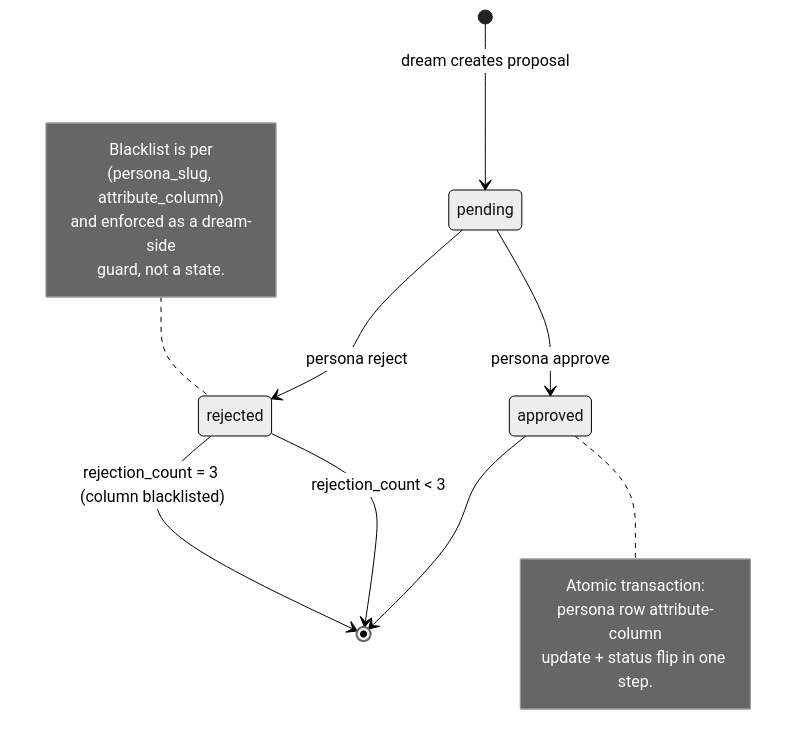
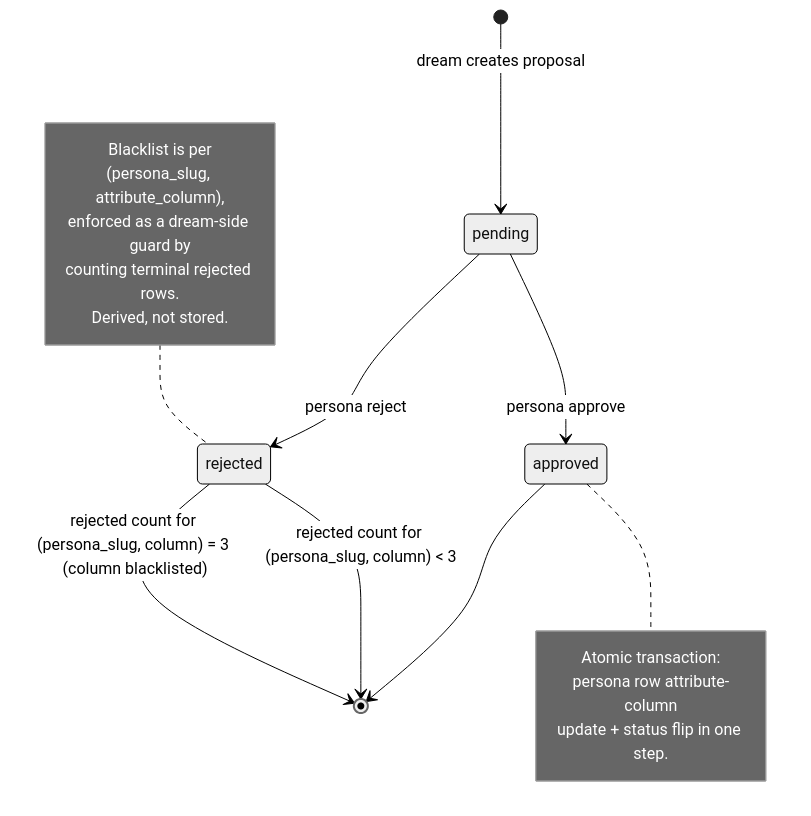
The diagram in diagrams/state-persona-proposal.mmd (yanggf8/typhoonway), drawn with Mermaid (neutral theme) before and after one commit. The commit also changed 14 other files, not shown here.

```diff
--- a/diagrams/state-persona-proposal.mmd
+++ b/diagrams/state-persona-proposal.mmd
@@ -1,20 +1,21 @@
 stateDiagram-v2
     [*] --> pending : dream creates proposal
     pending --> approved : persona approve
     pending --> rejected : persona reject
     approved --> [*]
-    rejected --> [*] : rejection_count < 3
-    rejected --> [*] : rejection_count = 3 (column blacklisted)
+    rejected --> [*] : rejected count for (persona_slug, column) < 3
+    rejected --> [*] : rejected count for (persona_slug, column) = 3 (column blacklisted)
 
     note right of approved
         Atomic transaction:
         persona row attribute-column
         update + status flip in one step.
     end note
 
     note left of rejected
         Blacklist is per
-        (persona_slug, attribute_column)
-        and enforced as a dream-side
-        guard, not a state.
+        (persona_slug, attribute_column),
+        enforced as a dream-side guard by
+        counting terminal rejected rows.
+        Derived, not stored.
     end note
```
